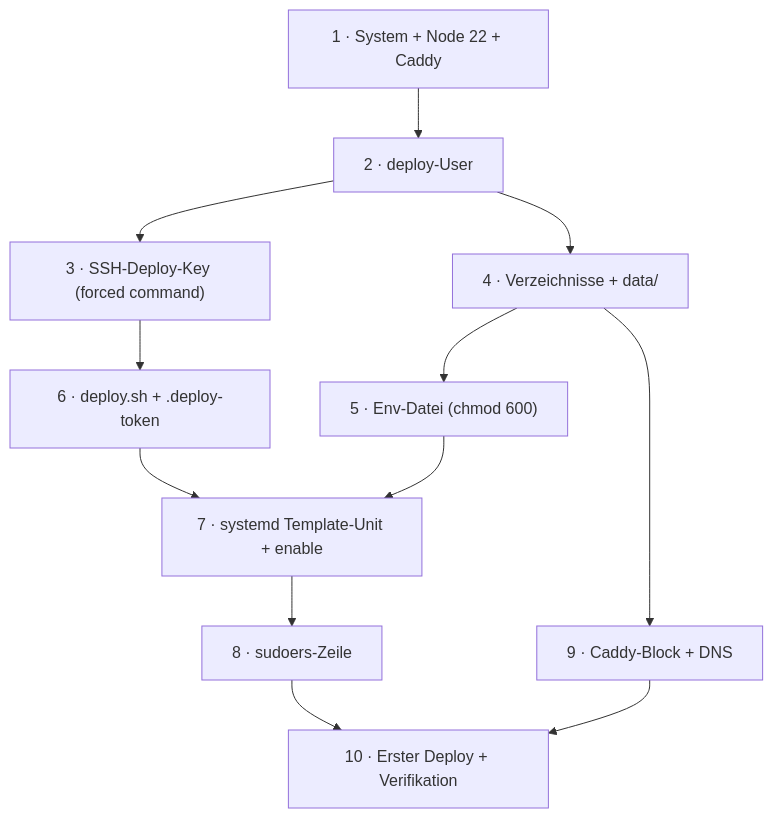
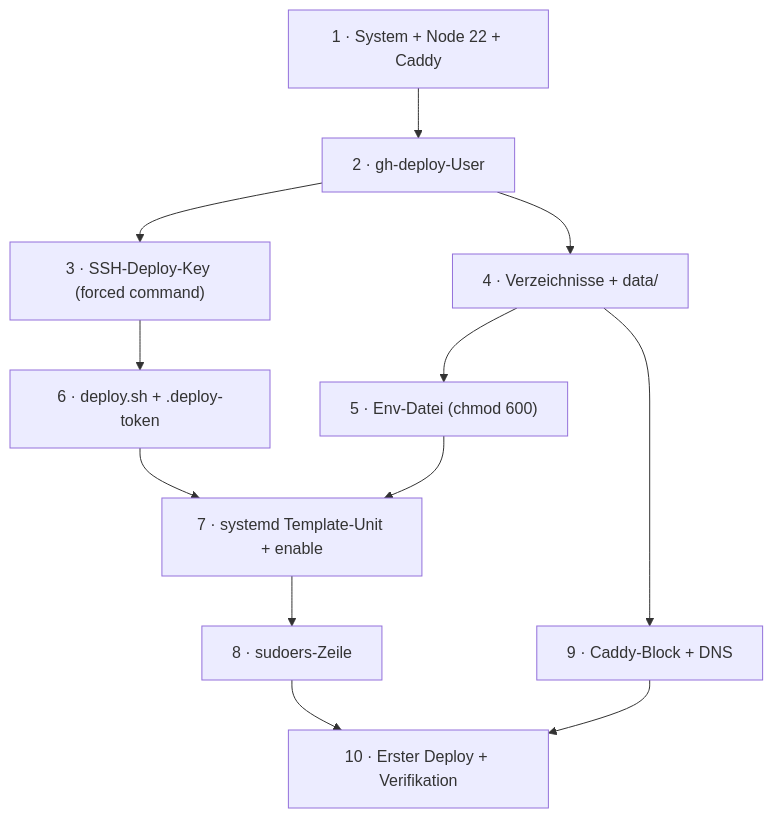
One commit to deleonio/priority-pilot changed the first of 2 diagrams in docs/server-setup.md. Above: the diagram before and after it, drawn with Mermaid. The commit also changed other lines of this file and 2 other files, not shown here.

First line of the commit message:
docs(deployment): Linux-User einheitlich auf gh-deploy benennen

````diff
--- a/docs/server-setup.md
+++ b/docs/server-setup.md
@@ -12,14 +12,14 @@
 ```mermaid
 flowchart TB
-    s1["1 · System + Node 22 + Caddy"] --> s2["2 · deploy-User"]
+    s1["1 · System + Node 22 + Caddy"] --> s2["2 · gh-deploy-User"]
     s2 --> s3["3 · SSH-Deploy-Key (forced command)"]
     s2 --> s4["4 · Verzeichnisse + data/"]
     s4 --> s5["5 · Env-Datei (chmod 600)"]
     s3 --> s6["6 · deploy.sh + .deploy-token"]
     s5 --> s7["7 · systemd Template-Unit + enable"]
     s6 --> s7
     s7 --> s8["8 · sudoers-Zeile"]
     s4 --> s9["9 · Caddy-Block + DNS"]
     s8 --> s10["10 · Erster Deploy + Verifikation"]
     s9 --> s10
 ```
````
